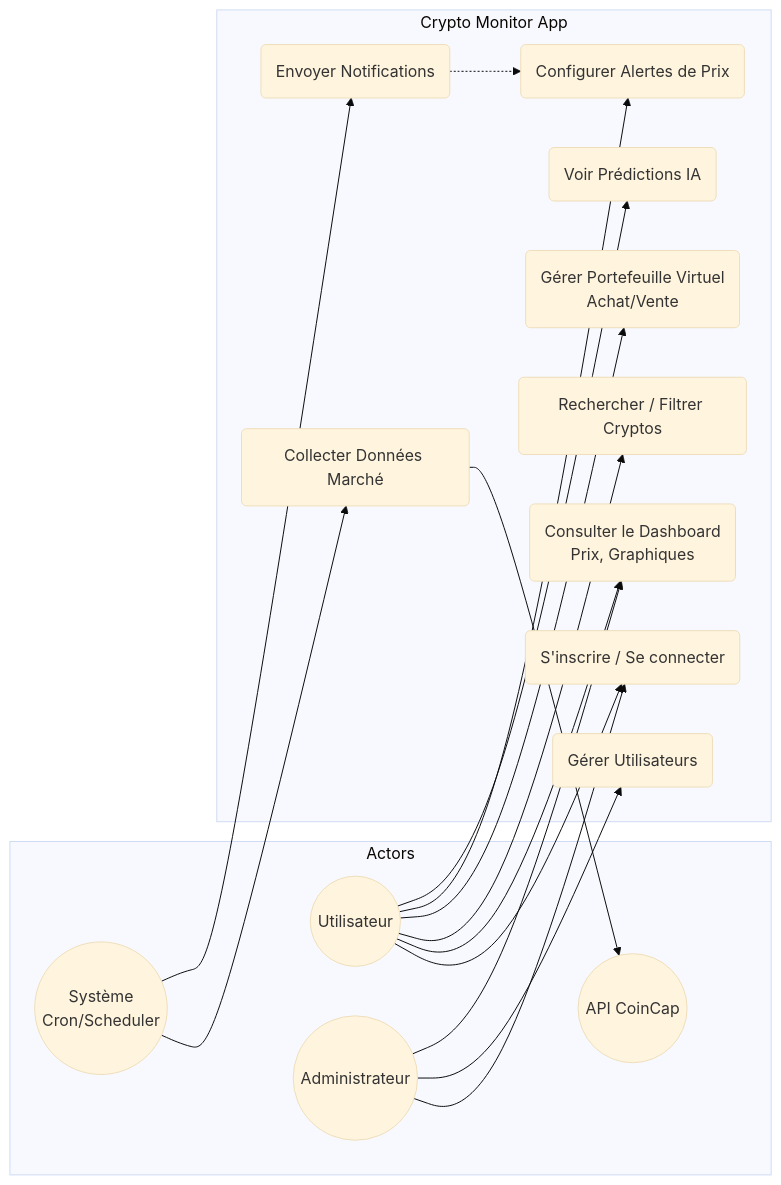
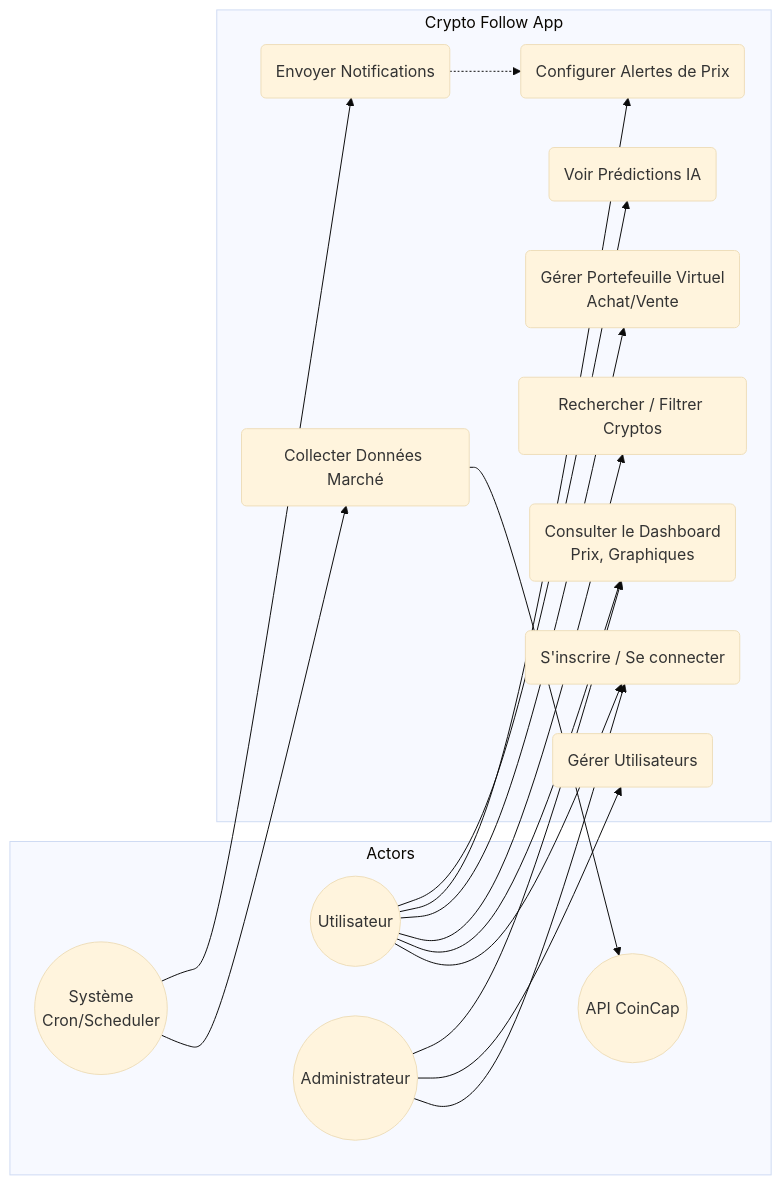
One commit to t-chahbi/crypto-follow changed the first of 6 diagrams in diagrammes_mermaid.md. Above: the diagram before and after it, drawn with Mermaid (base theme). The commit also changed other lines of this file and 18 other files, not shown here.

````diff
--- a/diagrammes_mermaid.md
+++ b/diagrammes_mermaid.md
@@ -4,38 +4,38 @@
 ```mermaid
 graph LR
     subgraph Actors
         User((Utilisateur))
         Admin((Administrateur))
         System((Système\nCron/Scheduler))
         CoinCap((API CoinCap))
     end
 
-    subgraph "Crypto Monitor App"
+    subgraph "Crypto Follow App"
         UC1(S'inscrire / Se connecter)
         UC2(Consulter le Dashboard\nPrix, Graphiques)
         UC3(Rechercher / Filtrer Cryptos)
         UC4(Gérer Portefeuille Virtuel\nAchat/Vente)
         UC5(Configurer Alertes de Prix)
         UC6(Voir Prédictions IA)
         UC7(Gérer Utilisateurs)
         UC8(Collecter Données Marché)
         UC9(Envoyer Notifications)
     end
 
     User --> UC1
     User --> UC2
     User --> UC3
     User --> UC4
     User --> UC5
     User --> UC6
 
     Admin --> UC1
     Admin --> UC7
     Admin --> UC2
 
     System --> UC8
     System --> UC9
 
     UC8 --> CoinCap
     UC9 -.-> UC5
 ```
````
